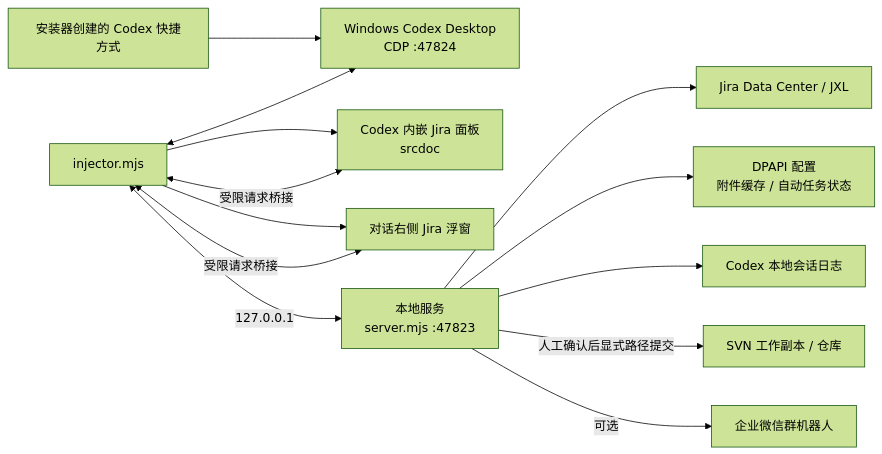
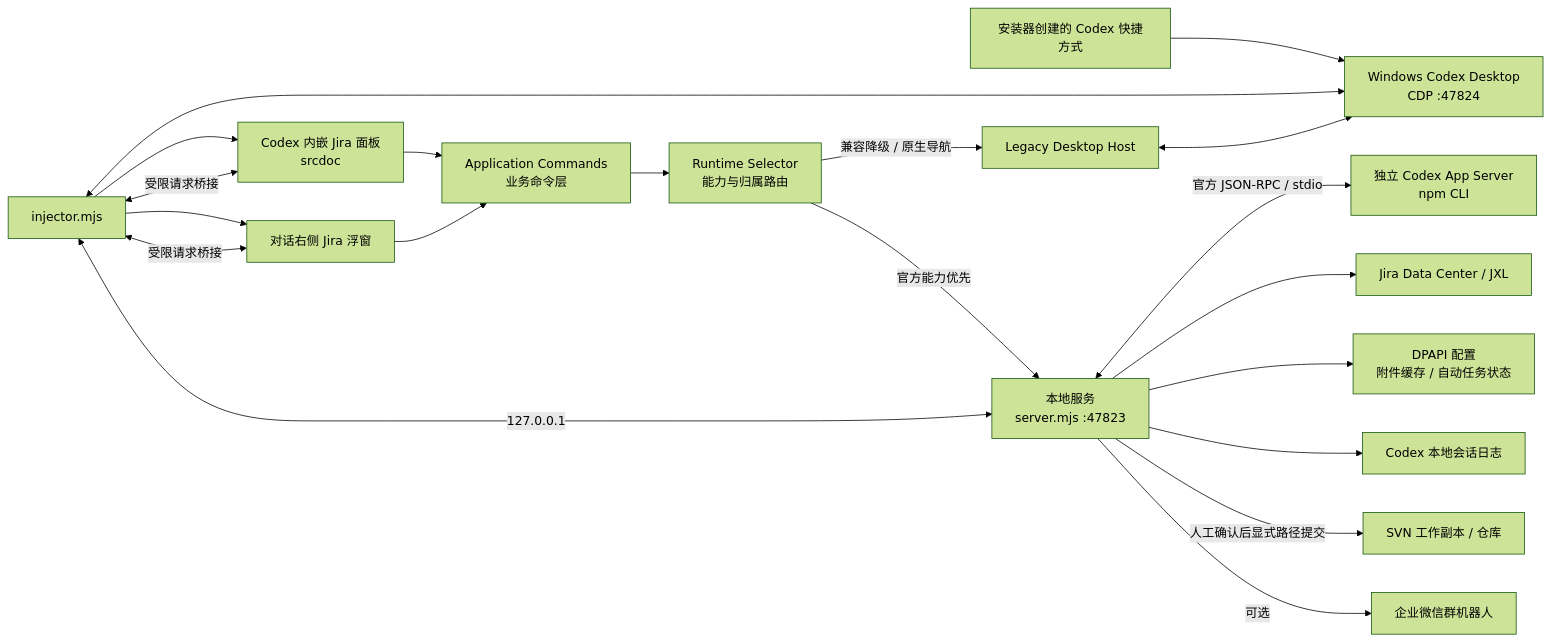
One commit to yzj555/jira-codex-panel-poc changed the diagram in README.md. Above: the diagram before and after it, drawn with Mermaid (forest theme). The commit also changed other lines of this file and 31 other files, not shown here.

```diff
--- a/README.md
+++ b/README.md
@@ -399,15 +423,22 @@
 ~~~mermaid
 flowchart LR
     Shortcut["安装器创建的 Codex 快捷方式"] --> Codex["Windows Codex Desktop<br/>CDP :47824"]
     Injector["injector.mjs"] <--> Codex
     Injector --> Panel["Codex 内嵌 Jira 面板<br/>srcdoc"]
     Injector --> Float["对话右侧 Jira 浮窗"]
+    Panel --> Commands["Application Commands<br/>业务命令层"]
+    Float --> Commands
+    Commands --> Selector["Runtime Selector<br/>能力与归属路由"]
+    Selector -->|官方能力优先| Server
+    Selector -->|兼容降级 / 原生导航| Legacy["Legacy Desktop Host"]
+    Legacy <--> Codex
     Panel <-->|受限请求桥接| Injector
     Float <-->|受限请求桥接| Injector
     Injector <-->|127.0.0.1| Server["本地服务<br/>server.mjs :47823"]
+    Server <-->|官方 JSON-RPC / stdio| AppServer["独立 Codex App Server<br/>npm CLI"]
     Server --> Jira["Jira Data Center / JXL"]
     Server --> UserData["DPAPI 配置<br/>附件缓存 / 自动任务状态"]
     Server --> Sessions["Codex 本地会话日志"]
     Server -->|人工确认后显式路径提交| SVN["SVN 工作副本 / 仓库"]
     Server -->|可选| WeCom["企业微信群机器人"]
 ~~~
```
